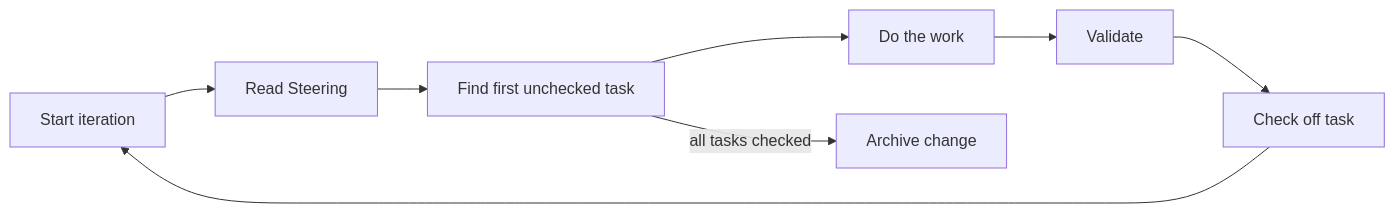
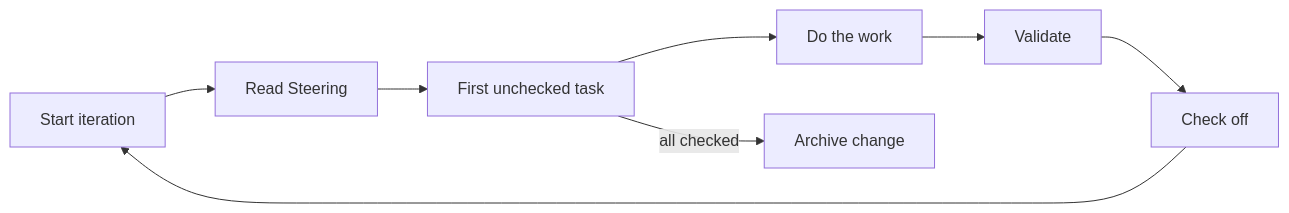
Before and after one commit to rosneri/ralphy: the diagram in README.md, drawn with Mermaid. The commit also changed other lines of this file and 1 other file, not shown here.

First line of the commit message:
docs: split GUIDE.md out of README; keep README focused on the quick-start

````diff
--- a/README.md
+++ b/README.md
@@ -32,5 +14,5 @@
 ```mermaid
 graph LR
-    S[Start iteration] --> R[Read Steering] --> T[Find first unchecked task] --> W[Do the work] --> V[Validate] --> C[Check off task] --> S
-    T -->|all tasks checked| D[Archive change]
+    S[Start iteration] --> R[Read Steering] --> T[First unchecked task] --> W[Do the work] --> V[Validate] --> C[Check off] --> S
+    T -->|all checked| D[Archive change]
 ```
````
